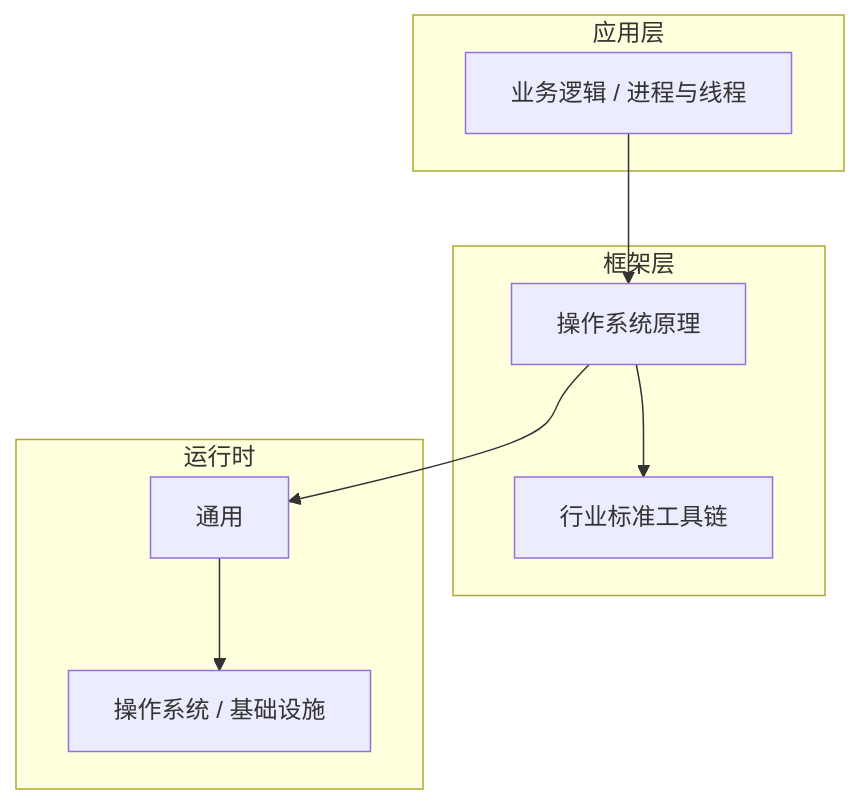
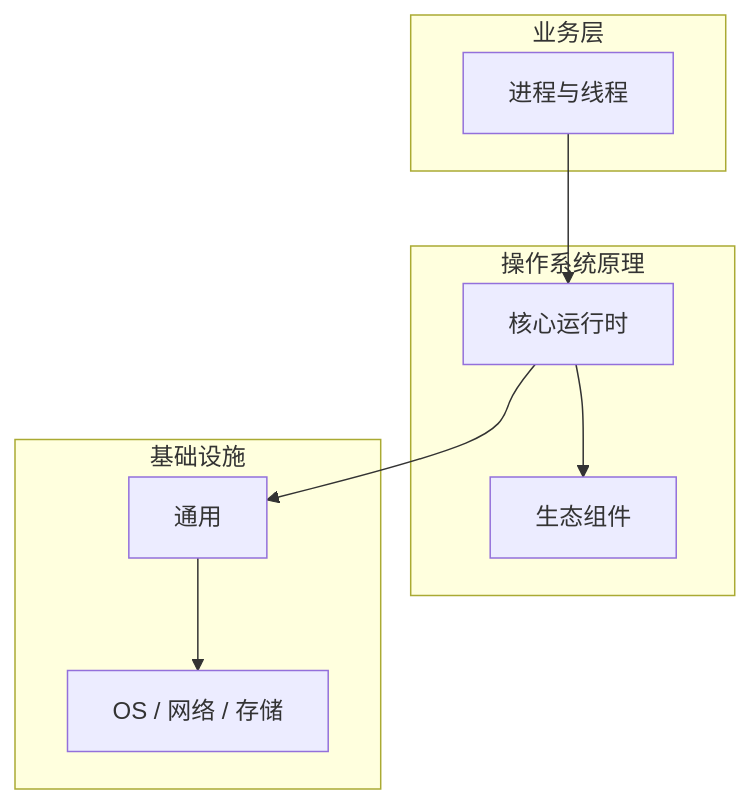
One commit to yanggan2015/knowledge-json-v2 changed the diagram in articles/操作系统原理/chapters/012-进程与线程核心概念与原理.md. Above: the diagram before and after it, drawn with Mermaid. The commit also changed other lines of this file and 10127 other files, not shown here.

````diff
--- a/articles/操作系统原理/chapters/012-进程与线程核心概念与原理.md
+++ b/articles/操作系统原理/chapters/012-进程与线程核心概念与原理.md
@@ -45,18 +34,18 @@
 ```mermaid
 graph TB
-    subgraph 应用层
-        A[业务逻辑 / 进程与线程]
+    subgraph 业务层
+        A[进程与线程]
     end
-    subgraph 框架层
-        B[操作系统原理]
-        C[行业标准工具链]
+    subgraph 操作系统原理
+        B[核心运行时]
+        C[生态组件]
     end
-    subgraph 运行时
+    subgraph 基础设施
         D[通用]
-        E[操作系统 / 基础设施]
+        E[OS / 网络 / 存储]
     end
     A --> B
     B --> C
     B --> D
     D --> E
 ```
````
